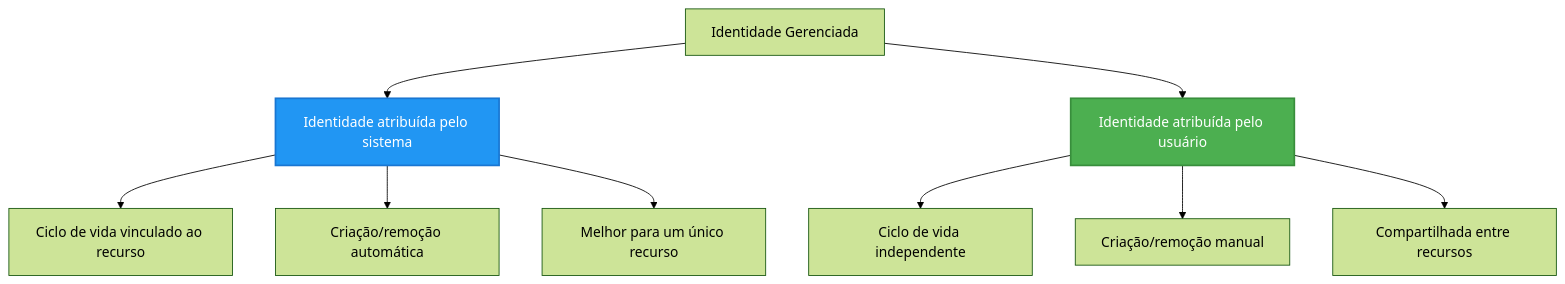
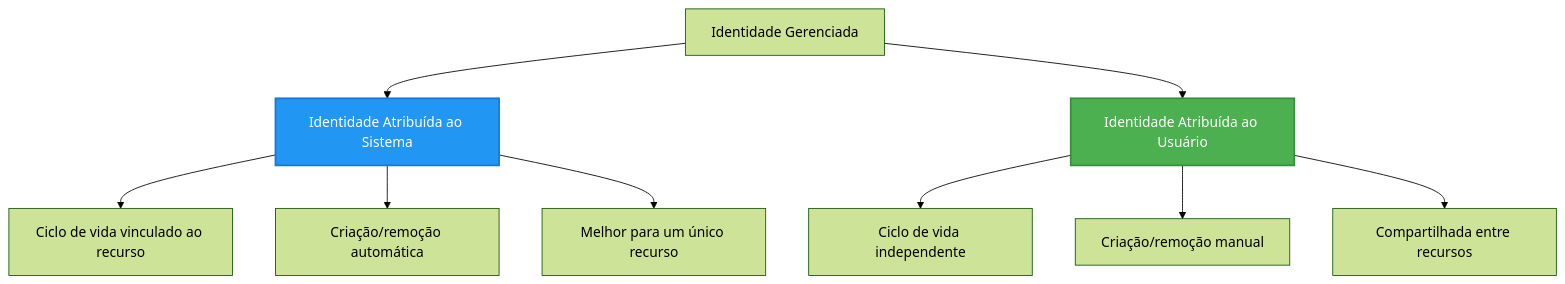
Before and after one commit to microsoft/AZD-for-beginners: the second of 2 diagrams in translations/pt-BR/docs/chapter-03-configuration/authsecurity.md, drawn with Mermaid (forest theme). The commit also changed other lines of this file and 104 other files, not shown here.

````diff
--- a/translations/pt-BR/docs/chapter-03-configuration/authsecurity.md
+++ b/translations/pt-BR/docs/chapter-03-configuration/authsecurity.md
@@ -97,20 +98,20 @@
 ```mermaid
 graph TB
     MI[Identidade Gerenciada]
-    SystemAssigned[Identidade atribuída pelo sistema]
-    UserAssigned[Identidade atribuída pelo usuário]
+    SystemAssigned[Identidade Atribuída ao Sistema]
+    UserAssigned[Identidade Atribuída ao Usuário]
     
     MI --> SystemAssigned
     MI --> UserAssigned
     
     SystemAssigned --> SA1[Ciclo de vida vinculado ao recurso]
     SystemAssigned --> SA2[Criação/remoção automática]
     SystemAssigned --> SA3[Melhor para um único recurso]
     
     UserAssigned --> UA1[Ciclo de vida independente]
     UserAssigned --> UA2[Criação/remoção manual]
     UserAssigned --> UA3[Compartilhada entre recursos]
     
     style SystemAssigned fill:#2196F3,stroke:#1976D2,stroke-width:2px,color:#fff
     style UserAssigned fill:#4CAF50,stroke:#388E3C,stroke-width:2px,color:#fff
 ```
````
